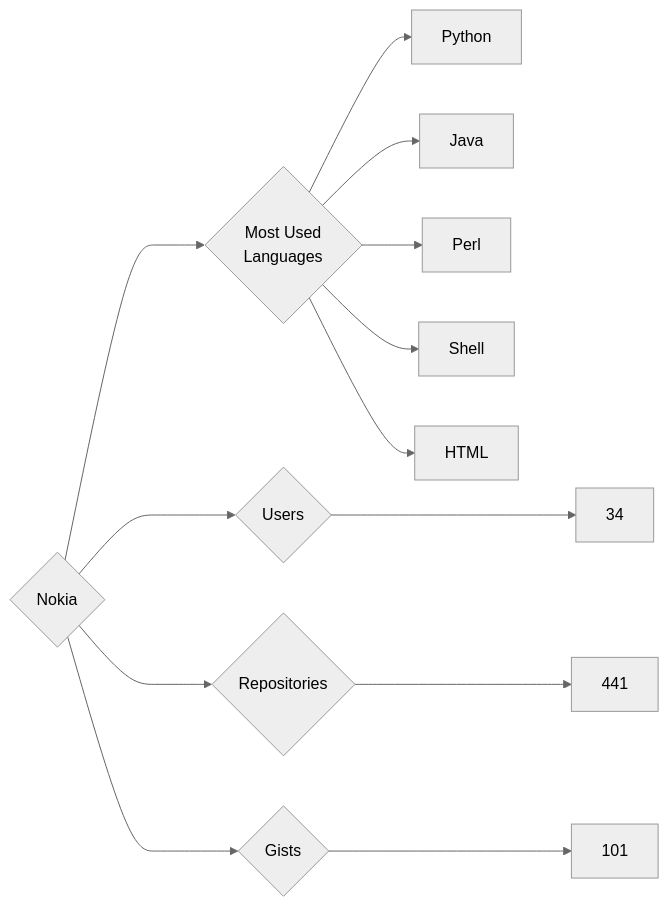
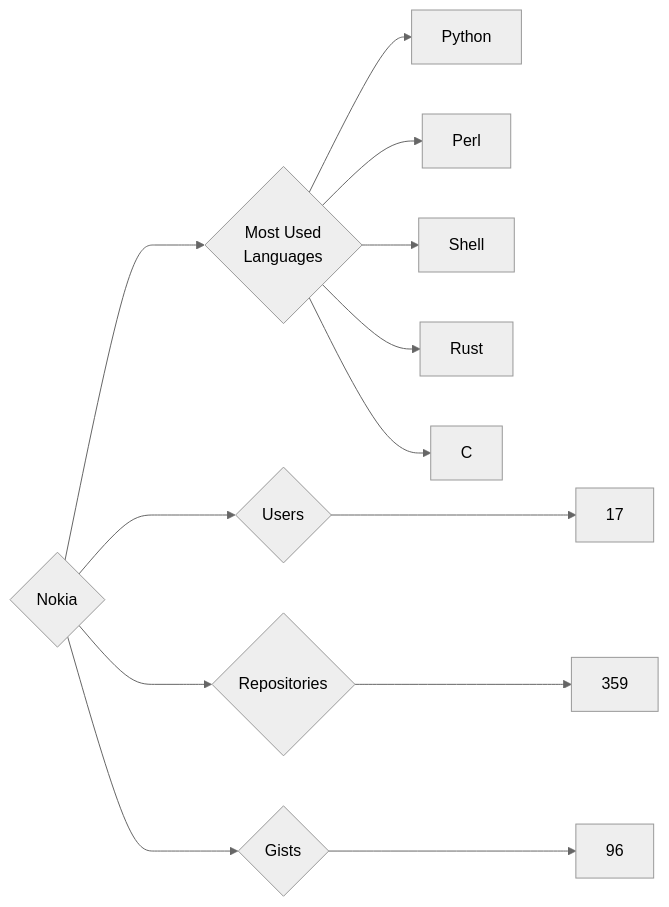
The diagram in targets/Nokia/README.md (trickest/insiders), drawn with Mermaid (neutral theme) before and after one commit. The commit also changed 835 other files, not shown here.

````diff
--- a/targets/Nokia/README.md
+++ b/targets/Nokia/README.md
@@ -3,13 +3,13 @@
 ```mermaid
 graph LR
 COMPANY_NAME{Nokia}
-COMPANY_NAME ---> U{Users} ---> UN[34]
-COMPANY_NAME ---> R{Repositories} ---> RN[441]
-COMPANY_NAME ---> G{Gists} ---> GN[101]
+COMPANY_NAME ---> U{Users} ---> UN[17]
+COMPANY_NAME ---> R{Repositories} ---> RN[359]
+COMPANY_NAME ---> G{Gists} ---> GN[96]
 COMPANY_NAME ---> ML{Most Used<br>Languages}
 ML --> Python[Python]
-ML --> Java[Java]
 ML --> Perl[Perl]
 ML --> Shell[Shell]
-ML --> HTML[HTML]
+ML --> Rust[Rust]
+ML --> C[C]
 ```
````
